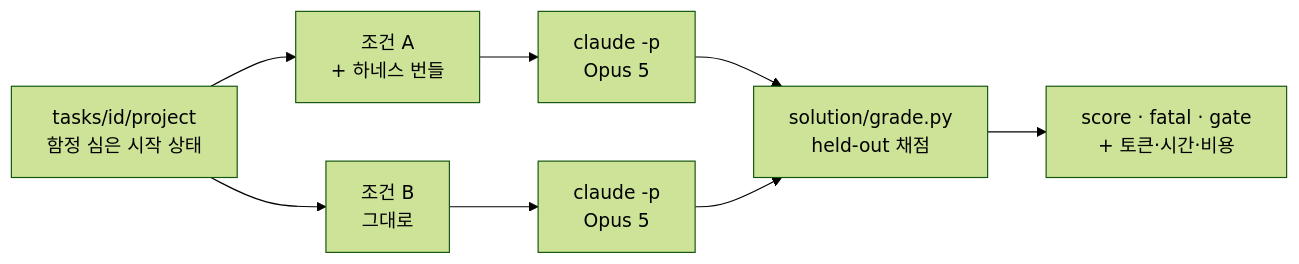
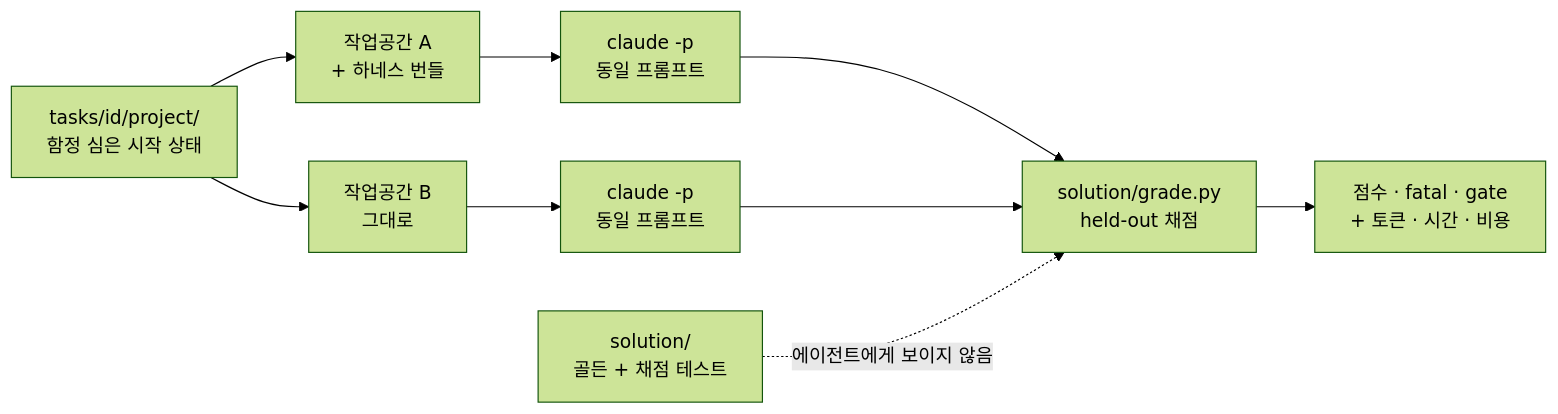
One commit to Kimyongari/harness-factory changed the diagram in evals/README.md. Above: the diagram before and after it, drawn with Mermaid (forest theme). The commit also changed other lines of this file and 3 other files, not shown here.

````diff
--- a/evals/README.md
+++ b/evals/README.md
@@ -15,10 +28,11 @@
 ```mermaid
 flowchart LR
-    P["tasks/id/project<br/>함정 심은 시작 상태"] --> A["조건 A<br/>+ 하네스 번들"]
-    P --> B["조건 B<br/>그대로"]
-    A --> AG1["claude -p<br/>Opus 5"]
-    B --> AG2["claude -p<br/>Opus 5"]
+    P["tasks/id/project/<br/>함정 심은 시작 상태"] --> A["작업공간 A<br/>+ 하네스 번들"]
+    P --> B["작업공간 B<br/>그대로"]
+    A --> AG1["claude -p<br/>동일 프롬프트"]
+    B --> AG2["claude -p<br/>동일 프롬프트"]
     AG1 --> G["solution/grade.py<br/>held-out 채점"]
     AG2 --> G
-    G --> R["score · fatal · gate<br/>+ 토큰·시간·비용"]
+    G --> R["점수 · fatal · gate<br/>+ 토큰 · 시간 · 비용"]
+    S["solution/<br/>골든 + 채점 테스트"] -. "에이전트에게 보이지 않음" .-> G
 ```
````
